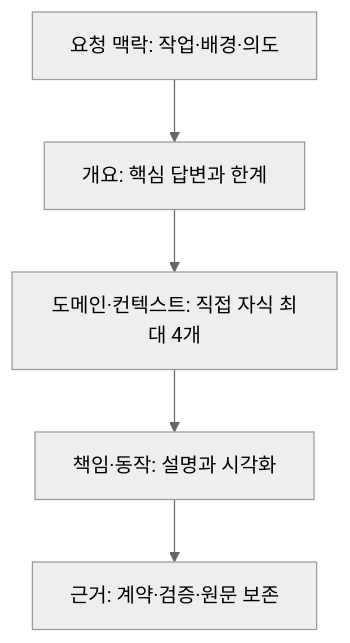
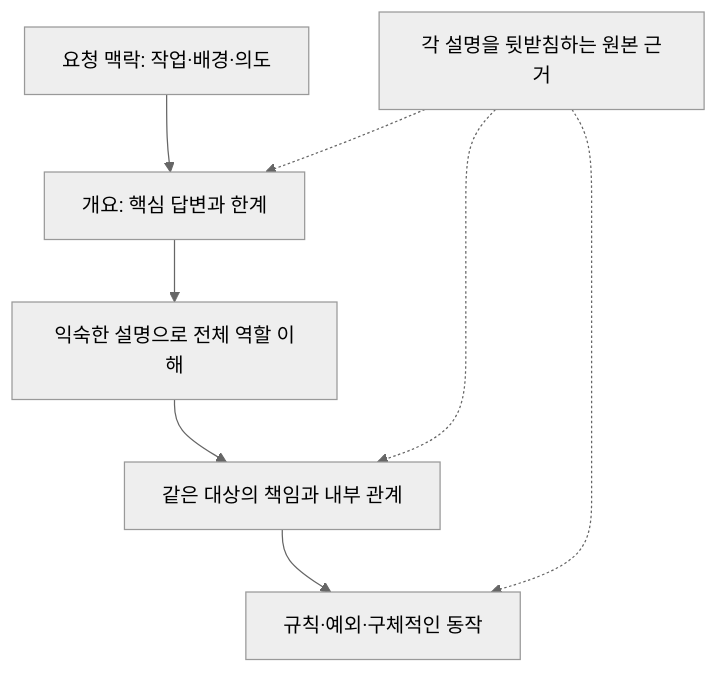
Before and after one commit to haandol/alps-writer-plugins: the diagram in docs/adr/reporting/domain-navigation/0001-domain-first-report-navigation.md, drawn with Mermaid (neutral theme). The commit also changed other lines of this file and 29 other files, not shown here.

````diff
--- a/docs/adr/reporting/domain-navigation/0001-domain-first-report-navigation.md
+++ b/docs/adr/reporting/domain-navigation/0001-domain-first-report-navigation.md
@@ -46,7 +48,10 @@
 ```mermaid
 flowchart TD
     R["요청 맥락: 작업·배경·의도"] --> A["개요: 핵심 답변과 한계"]
-    A --> B["도메인·컨텍스트: 직접 자식 최대 4개"]
-    B --> C["책임·동작: 설명과 시각화"]
-    C --> D["근거: 계약·검증·원문 보존"]
+    A --> B["익숙한 설명으로 전체 역할 이해"]
+    B --> C["같은 대상의 책임과 내부 관계"]
+    C --> D["규칙·예외·구체적인 동작"]
+    E["각 설명을 뒷받침하는 원본 근거"] -.-> A
+    E -.-> C
+    E -.-> D
 ```
````
